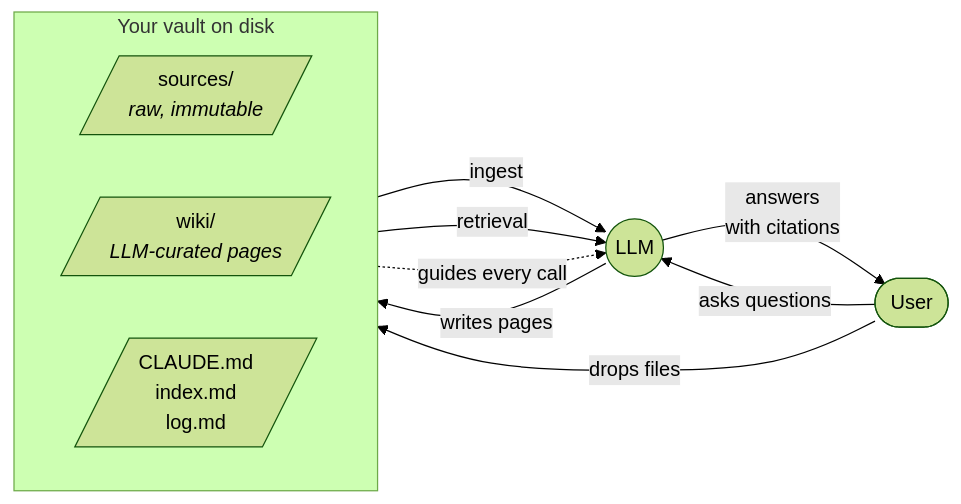
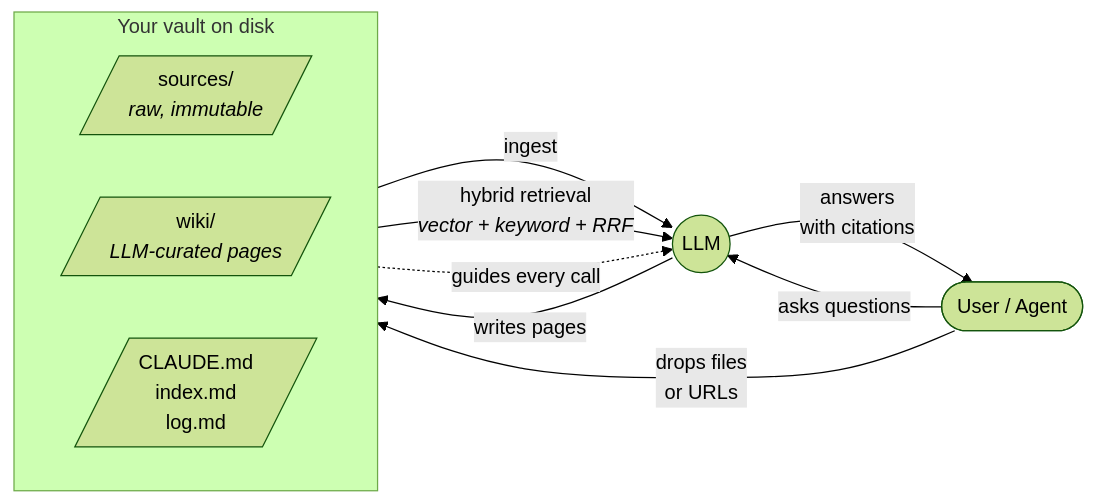
One commit to xpolb01/scriptorium changed the diagram in README.md. Above: the diagram before and after it, drawn with Mermaid (forest theme). The commit also changed other lines of this file and 2 other files, not shown here.

First line of the commit message:
docs: restore updated README and ARCHITECTURE from pre-filter-repo state

````diff
--- a/README.md
+++ b/README.md
@@ -49,18 +32,18 @@
 ```mermaid
 flowchart LR
-    U([User])
+    U([User / Agent])
     subgraph Vault["Your vault on disk"]
         direction LR
         S[/"sources/<br/><i>raw, immutable</i>"/]
         W[/"wiki/<br/><i>LLM-curated pages</i>"/]
         Schema[/"CLAUDE.md<br/>index.md<br/>log.md"/]
     end
     LLM((LLM))
-    U -- "drops files" --> S
+    U -- "drops files<br/>or URLs" --> S
     U -- "asks questions" --> LLM
     S -- "ingest" --> LLM
     LLM -- "writes pages" --> W
-    W -- "retrieval" --> LLM
+    W -- "hybrid retrieval<br/><i>vector + keyword + RRF</i>" --> LLM
     Schema -. "guides every call" .-> LLM
     LLM -- "answers<br/>with citations" --> U
 ```
````
